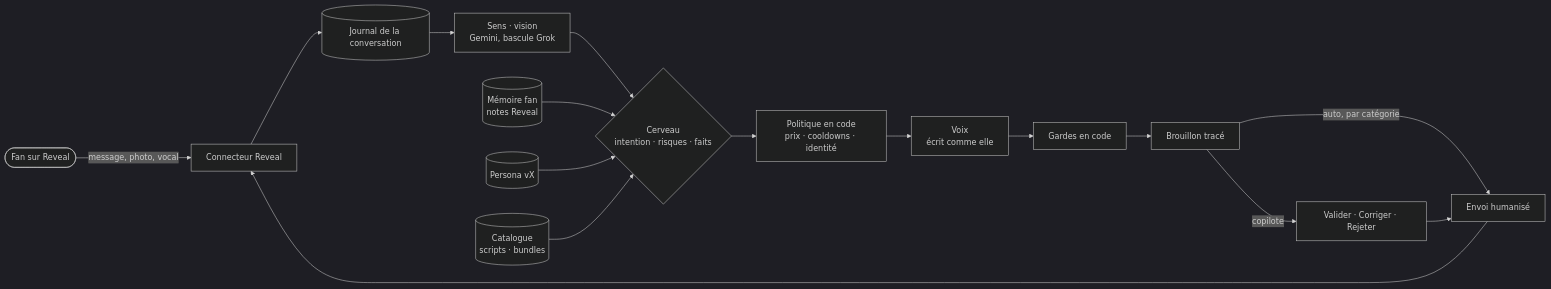
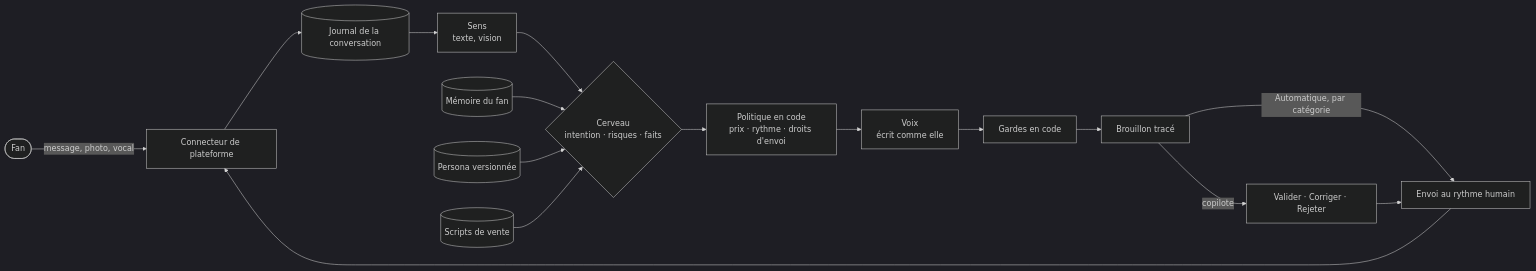
Before and after one commit to LeyZee/impera: the first of 2 diagrams in README.md, drawn with Mermaid (dark theme). The commit also changed other lines of this file and 11 other files, not shown here.

````diff
--- a/README.md
+++ b/README.md
@@ -71,18 +75,18 @@
 ```mermaid
 flowchart LR
-  F([Fan sur Reveal]) -->|message, photo, vocal| C[Connecteur Reveal]
+  F([Fan]) -->|message, photo, vocal| C[Connecteur de plateforme]
   C --> J[(Journal de la conversation)]
-  J --> S[Sens · vision<br/>Gemini, bascule Grok]
+  J --> S[Sens<br/>texte, vision]
   S --> B{Cerveau<br/>intention · risques · faits}
-  M[(Mémoire fan<br/>notes Reveal)] --> B
-  P[(Persona vX)] --> B
-  K[(Catalogue<br/>scripts · bundles)] --> B
-  B --> POL[Politique en code<br/>prix · cooldowns · identité]
+  M[(Mémoire du fan)] --> B
+  P[(Persona versionnée)] --> B
+  K[(Scripts de vente)] --> B
+  B --> POL[Politique en code<br/>prix · rythme · droits d'envoi]
   POL --> V[Voix<br/>écrit comme elle]
   V --> G[Gardes en code]
   G --> D[Brouillon tracé]
   D -->|copilote| H[Valider · Corriger · Rejeter]
-  D -->|auto, par catégorie| E[Envoi humanisé]
+  D -->|Automatique, par catégorie| E[Envoi au rythme humain]
   H --> E
   E --> C
 ```
````
